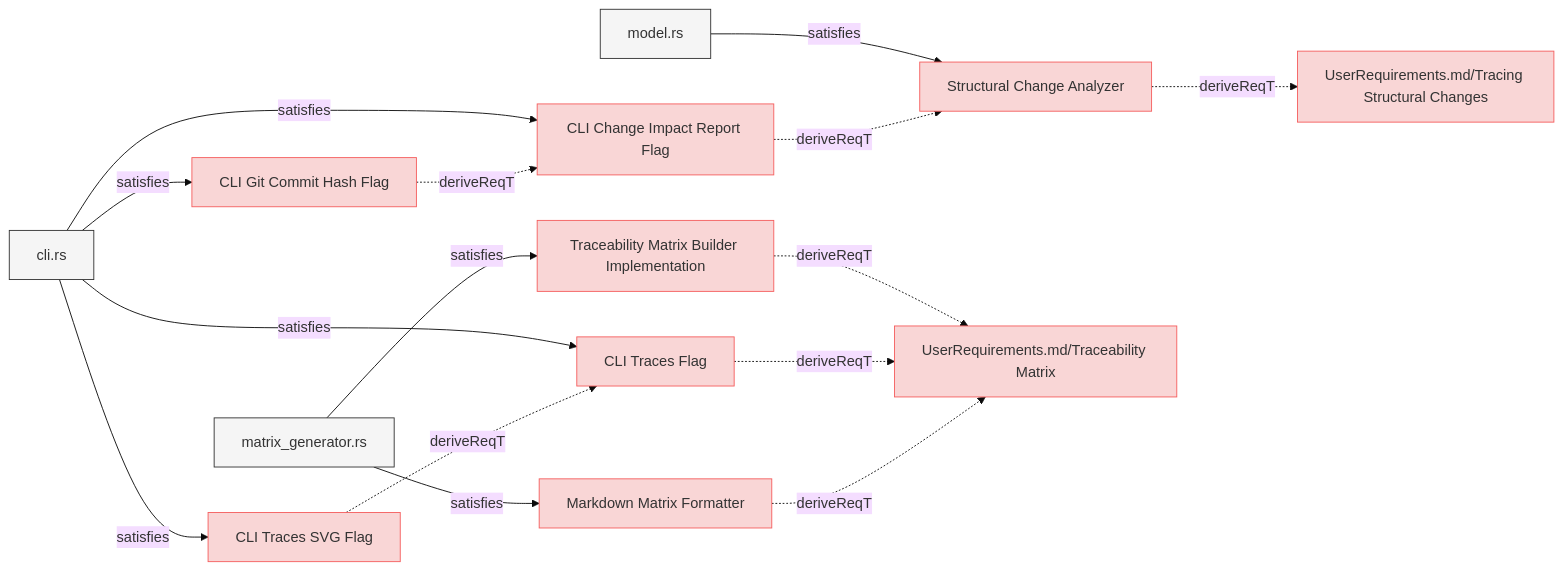
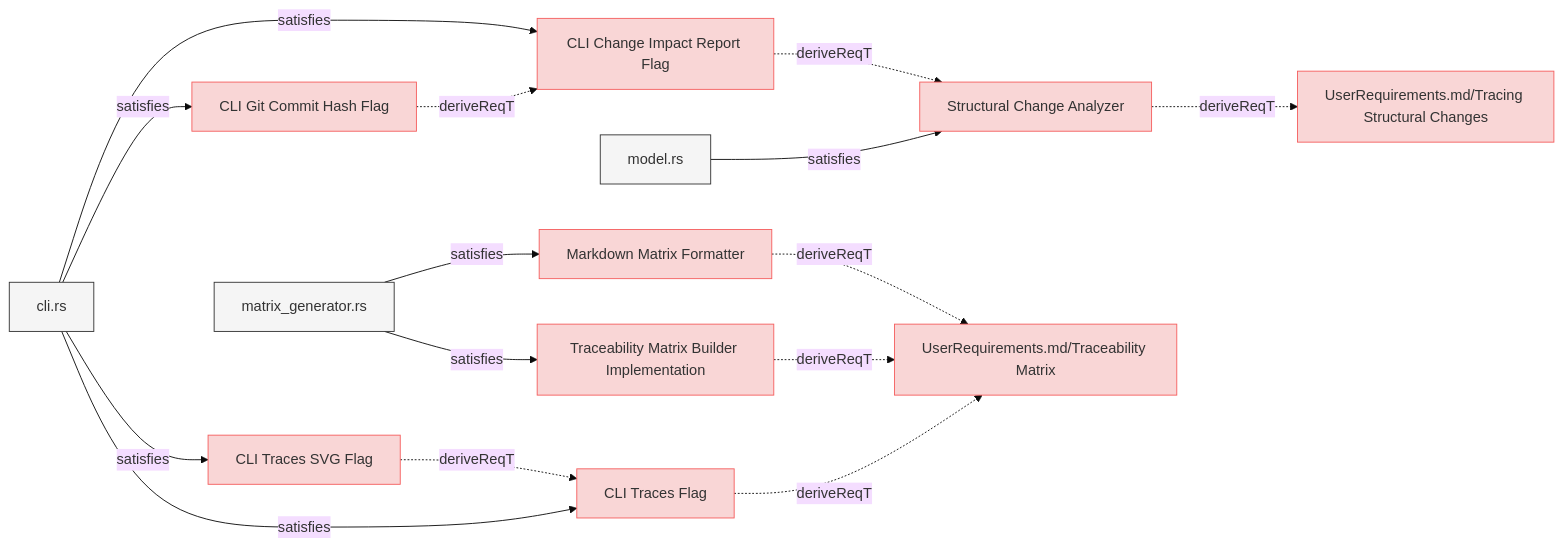
One commit to reqvire-org/reqvire changed the fifth of 7 diagrams in specifications/SystemRequirements/Requirements.md. Above: the diagram before and after it, drawn with Mermaid (base theme). The commit also changed other lines of this file and 72 other files, not shown here.

Commit message:
Major rework of the logic in reqvire. It uses git repository root as root folder and everything else is relative to it. External folders and specifications folder concept has been deprecated.

````diff
--- a/specifications/SystemRequirements/Requirements.md
+++ b/specifications/SystemRequirements/Requirements.md
@@ -710,59 +701,59 @@
 ```mermaid
 graph LR;
   %% Graph styling
   classDef requirement fill:#f9d6d6,stroke:#f55f5f,stroke-width:1px;
   classDef verification fill:#d6f9d6,stroke:#5fd75f,stroke-width:1px;
   classDef externalLink fill:#d0e0ff,stroke:#3080ff,stroke-width:1px;
   classDef default fill:#f5f5f5,stroke:#333333,stroke-width:1px;
 
+  c020978403254f09["CLI Change Impact Report Flag"];
+  click c020978403254f09 "Requirements.md#cli-change-impact-report-flag";
+  class c020978403254f09 requirement;
   48e08ff33bc860c5["Structural Change Analyzer"];
-  click 48e08ff33bc860c5 "https://github.com/Reqvire/reqvire/blob/ad88ba6b828e94c93382866fefd058c011c1ac60/specifications/SystemRequirements/Requirements.md#structural-change-analyzer";
   class 48e08ff33bc860c5 requirement;
+  click 48e08ff33bc860c5 "Requirements.md#structural-change-analyzer";
+  c020978403254f09 -.->|deriveReqT| 48e08ff33bc860c5;
+  2f21d2133dbfd205["cli.rs"];
+  class 2f21d2133dbfd205 default;
+  click 2f21d2133dbfd205 "../../cli/src/cli.rs";
+  2f21d2133dbfd205 -->|satisfies| c020978403254f09;
+  3b2f98c43f1ed3bb["Markdown Matrix Formatter"];
+  click 3b2f98c43f1ed3bb "Requirements.md#markdown-matrix-formatter";
+  class 3b2f98c43f1ed3bb requirement;
+  c5b8a7944b6943e2["UserRequirements.md/Traceability Matrix"];
+  class c5b8a7944b6943e2 requirement;
+  click c5b8a7944b6943e2 "../UserRequirements.md#traceability-matrix";
+  3b2f98c43f1ed3bb -.->|deriveReqT| c5b8a7944b6943e2;
+  4966ff561112ec56["matrix_generator.rs"];
+  class 4966ff561112ec56 default;
+  click 4966ff561112ec56 "../../core/src/matrix_generator.rs";
+  4966ff561112ec56 -->|satisfies| 3b2f98c43f1ed3bb;
+  a0943a440707d910["CLI Traces SVG Flag"];
+  click a0943a440707d910 "Requirements.md#cli-traces-svg-flag";
+  class a0943a440707d910 requirement;
+  cdab2d3174ce86a9["CLI Traces Flag"];
+  class cdab2d3174ce86a9 requirement;
+  click cdab2d3174ce86a9 "Requirements.md#cli-traces-flag";
+  a0943a440707d910 -.->|deriveReqT| cdab2d3174ce86a9;
+  2f21d2133dbfd205 -->|satisfies| a0943a440707d910;
+  a8066f495e5ed5dd["Traceability Matrix Builder Implementation"];
+  click a8066f495e5ed5dd "Requirements.md#traceability-matrix-builder-implementation";
+  class a8066f495e5ed5dd requirement;
+  a8066f495e5ed5dd -.->|deriveReqT| c5b8a7944b6943e2;
+  4966ff561112ec56 -->|satisfies| a8066f495e5ed5dd;
+  79259d512a5c44a6["CLI Git Commit Hash Flag"];
+  click 79259d512a5c44a6 "Requirements.md#cli-git-commit-hash-flag";
+  class 79259d512a5c44a6 requirement;
+  79259d512a5c44a6 -.->|deriveReqT| c020978403254f09;
+  2f21d2133dbfd205 -->|satisfies| 79259d512a5c44a6;
   9b9c33c7182d6eeb["UserRequirements.md/Tracing Structural Changes"];
   class 9b9c33c7182d6eeb requirement;
-  click 9b9c33c7182d6eeb "https://github.com/Reqvire/reqvire/blob/ad88ba6b828e94c93382866fefd058c011c1ac60/specifications/UserRequirements.md#tracing-structural-changes";
+  click 9b9c33c7182d6eeb "../UserRequirements.md#tracing-structural-changes";
   48e08ff33bc860c5 -.->|deriveReqT| 9b9c33c7182d6eeb;
   76acbdfdc0fba01e["model.rs"];
   class 76acbdfdc0fba01e default;
-  click 76acbdfdc0fba01e "https://github.com/Reqvire/reqvire/blob/ad88ba6b828e94c93382866fefd058c011c1ac60/core/src/change_impact.rs";
+  click 76acbdfdc0fba01e "../../core/src/change_impact.rs";
   76acbdfdc0fba01e -->|satisfies| 48e08ff33bc860c5;
-  c020978403254f09["CLI Change Impact Report Flag"];
-  click c020978403254f09 "https://github.com/Reqvire/reqvire/blob/ad88ba6b828e94c93382866fefd058c011c1ac60/specifications/SystemRequirements/Requirements.md#cli-change-impact-report-flag";
-  class c020978403254f09 requirement;
-  c020978403254f09 -.->|deriveReqT| 48e08ff33bc860c5;
-  2f21d2133dbfd205["cli.rs"];
-  class 2f21d2133dbfd205 default;
-  click 2f21d2133dbfd205 "https://github.com/Reqvire/reqvire/blob/ad88ba6b828e94c93382866fefd058c011c1ac60/cli/src/cli.rs";
-  2f21d2133dbfd205 -->|satisfies| c020978403254f09;
-  a8066f495e5ed5dd["Traceability Matrix Builder Implementation"];
-  click a8066f495e5ed5dd "https://github.com/Reqvire/reqvire/blob/ad88ba6b828e94c93382866fefd058c011c1ac60/specifications/SystemRequirements/Requirements.md#traceability-matrix-builder-implementation";
-  class a8066f495e5ed5dd requirement;
-  c5b8a7944b6943e2["UserRequirements.md/Traceability Matrix"];
-  class c5b8a7944b6943e2 requirement;
-  click c5b8a7944b6943e2 "https://github.com/Reqvire/reqvire/blob/ad88ba6b828e94c93382866fefd058c011c1ac60/specifications/UserRequirements.md#traceability-matrix";
-  a8066f495e5ed5dd -.->|deriveReqT| c5b8a7944b6943e2;
-  4966ff561112ec56["matrix_generator.rs"];
-  class 4966ff561112ec56 default;
-  click 4966ff561112ec56 "https://github.com/Reqvire/reqvire/blob/ad88ba6b828e94c93382866fefd058c011c1ac60/core/src/matrix_generator.rs";
-  4966ff561112ec56 -->|satisfies| a8066f495e5ed5dd;
-  cdab2d3174ce86a9["CLI Traces Flag"];
-  click cdab2d3174ce86a9 "https://github.com/Reqvire/reqvire/blob/ad88ba6b828e94c93382866fefd058c011c1ac60/specifications/SystemRequirements/Requirements.md#cli-traces-flag";
-  class cdab2d3174ce86a9 requirement;
   cdab2d3174ce86a9 -.->|deriveReqT| c5b8a7944b6943e2;
   2f21d2133dbfd205 -->|satisfies| cdab2d3174ce86a9;
-  79259d512a5c44a6["CLI Git Commit Hash Flag"];
-  click 79259d512a5c44a6 "https://github.com/Reqvire/reqvire/blob/ad88ba6b828e94c93382866fefd058c011c1ac60/specifications/SystemRequirements/Requirements.md#cli-git-commit-hash-flag";
-  class 79259d512a5c44a6 requirement;
-  79259d512a5c44a6 -.->|deriveReqT| c020978403254f09;
-  2f21d2133dbfd205 -->|satisfies| 79259d512a5c44a6;
-  3b2f98c43f1ed3bb["Markdown Matrix Formatter"];
-  click 3b2f98c43f1ed3bb "https://github.com/Reqvire/reqvire/blob/ad88ba6b828e94c93382866fefd058c011c1ac60/specifications/SystemRequirements/Requirements.md#markdown-matrix-formatter";
-  class 3b2f98c43f1ed3bb requirement;
-  3b2f98c43f1ed3bb -.->|deriveReqT| c5b8a7944b6943e2;
-  4966ff561112ec56 -->|satisfies| 3b2f98c43f1ed3bb;
-  a0943a440707d910["CLI Traces SVG Flag"];
-  click a0943a440707d910 "https://github.com/Reqvire/reqvire/blob/ad88ba6b828e94c93382866fefd058c011c1ac60/specifications/SystemRequirements/Requirements.md#cli-traces-svg-flag";
-  class a0943a440707d910 requirement;
-  a0943a440707d910 -.->|deriveReqT| cdab2d3174ce86a9;
-  2f21d2133dbfd205 -->|satisfies| a0943a440707d910;
 ```
````
